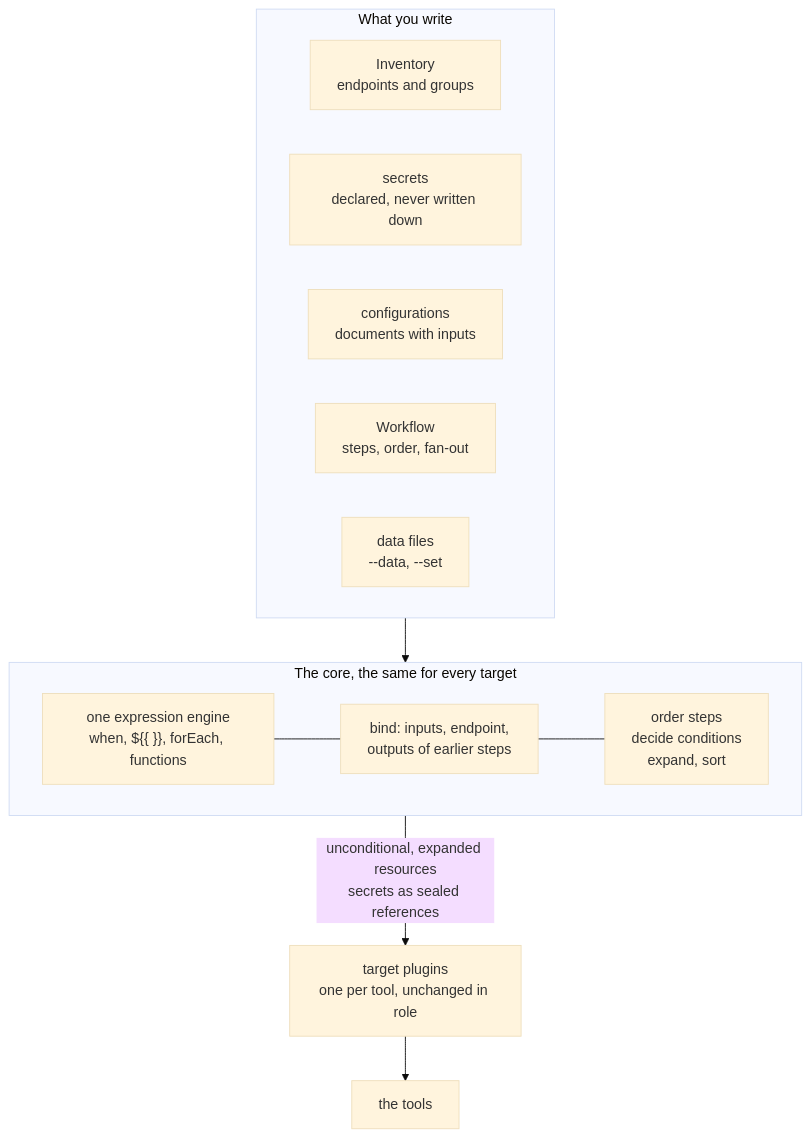
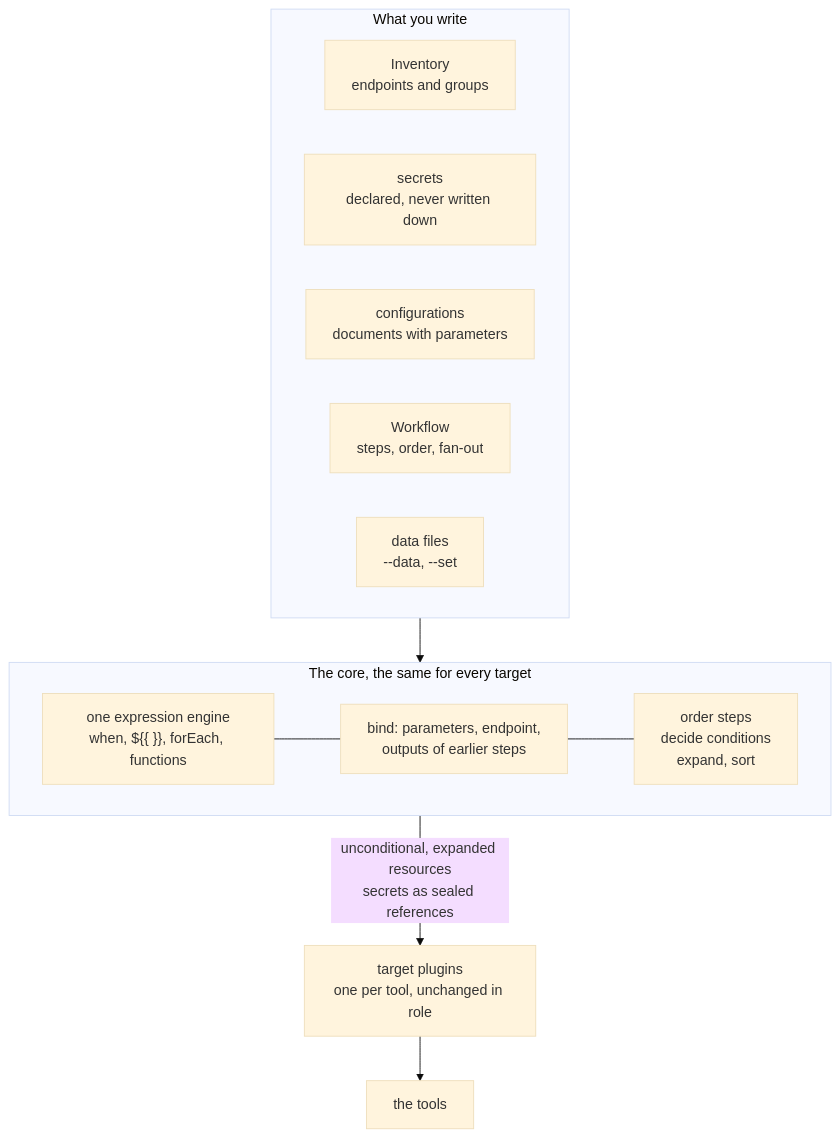
One commit to Gorkem-Taha/meridian-core changed the first of 6 diagrams in docs/plans/language-expansion.md. Above: the diagram before and after it, drawn with Mermaid (base theme). The commit also changed other lines of this file, not shown here.

````diff
--- a/docs/plans/language-expansion.md
+++ b/docs/plans/language-expansion.md
@@ -41,21 +47,21 @@
 ```mermaid
 flowchart TB
     subgraph IN["What you write"]
         direction LR
         INV["Inventory<br/>endpoints and groups"]
         SEC["secrets<br/>declared, never written down"]
-        CFG["configurations<br/>documents with inputs"]
+        CFG["configurations<br/>documents with parameters"]
         WF["Workflow<br/>steps, order, fan-out"]
         DATA["data files<br/>--data, --set"]
     end
     subgraph CORE["The core, the same for every target"]
         direction LR
         EXPR["one expression engine<br/>when, ${{ }}, forEach, functions"]
-        BIND["bind: inputs, endpoint,<br/>outputs of earlier steps"]
+        BIND["bind: parameters, endpoint,<br/>outputs of earlier steps"]
         PLAN["order steps<br/>decide conditions<br/>expand, sort"]
         EXPR --- BIND --- PLAN
     end
     IN --> CORE
     CORE -->|"unconditional, expanded resources<br/>secrets as sealed references"| PLUG["target plugins<br/>one per tool, unchanged in role"]
     PLUG --> TOOLS["the tools"]
 ```
````
